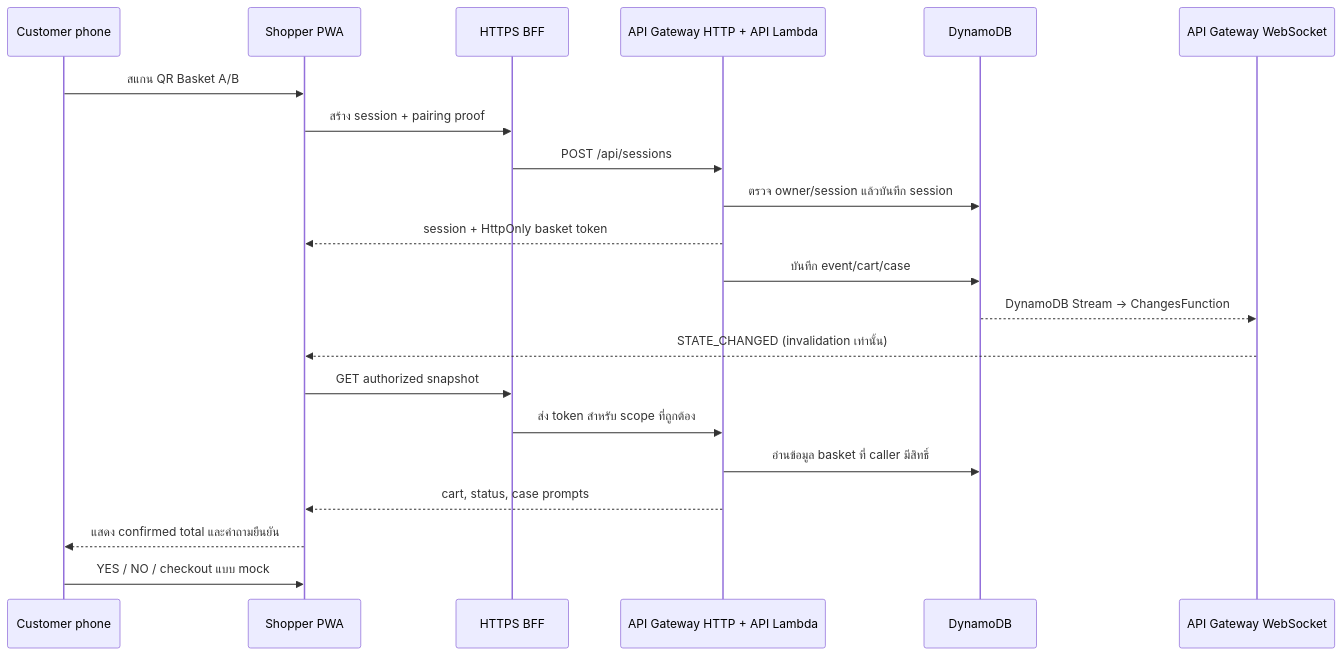
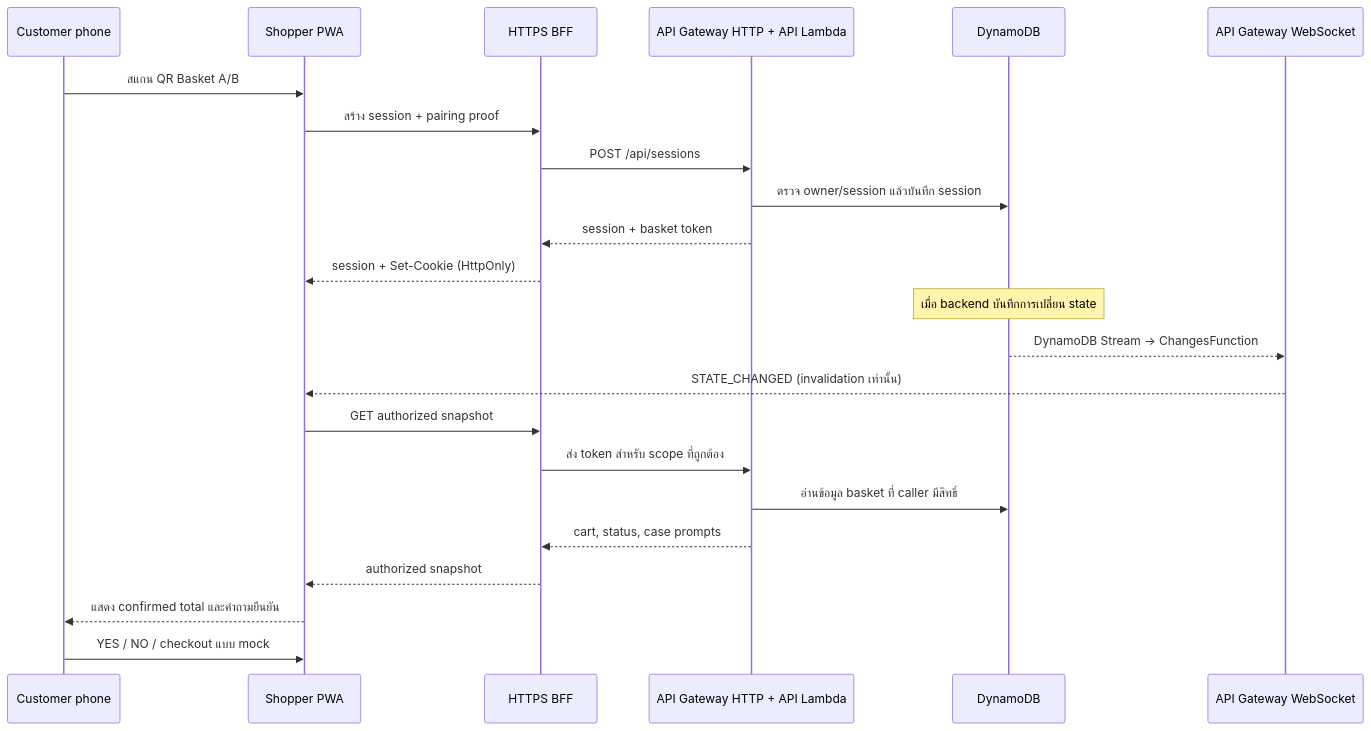
Before and after one commit to thhanabun/NTT_Prototype: the fifth of 10 diagrams in docs/fast-project-workflow.md, drawn with Mermaid. The commit also changed other lines of this file, not shown here.

````diff
--- a/docs/fast-project-workflow.md
+++ b/docs/fast-project-workflow.md
@@ -213,23 +239,25 @@
 ```mermaid
 sequenceDiagram
   participant C as Customer phone
   participant W as Shopper PWA
   participant BFF as HTTPS BFF
   participant API as API Gateway HTTP + API Lambda
   participant DB as DynamoDB
   participant WS as API Gateway WebSocket
   C->>W: สแกน QR Basket A/B
   W->>BFF: สร้าง session + pairing proof
   BFF->>API: POST /api/sessions
   API->>DB: ตรวจ owner/session แล้วบันทึก session
-  API-->>W: session + HttpOnly basket token
-  API->>DB: บันทึก event/cart/case
+  API-->>BFF: session + basket token
+  BFF-->>W: session + Set-Cookie (HttpOnly)
+  Note over DB: เมื่อ backend บันทึกการเปลี่ยน state
   DB-->>WS: DynamoDB Stream → ChangesFunction
   WS-->>W: STATE_CHANGED (invalidation เท่านั้น)
   W->>BFF: GET authorized snapshot
   BFF->>API: ส่ง token สำหรับ scope ที่ถูกต้อง
   API->>DB: อ่านข้อมูล basket ที่ caller มีสิทธิ์
-  API-->>W: cart, status, case prompts
+  API-->>BFF: cart, status, case prompts
+  BFF-->>W: authorized snapshot
   W-->>C: แสดง confirmed total และคำถามยืนยัน
   C->>W: YES / NO / checkout แบบ mock
 ```
````
